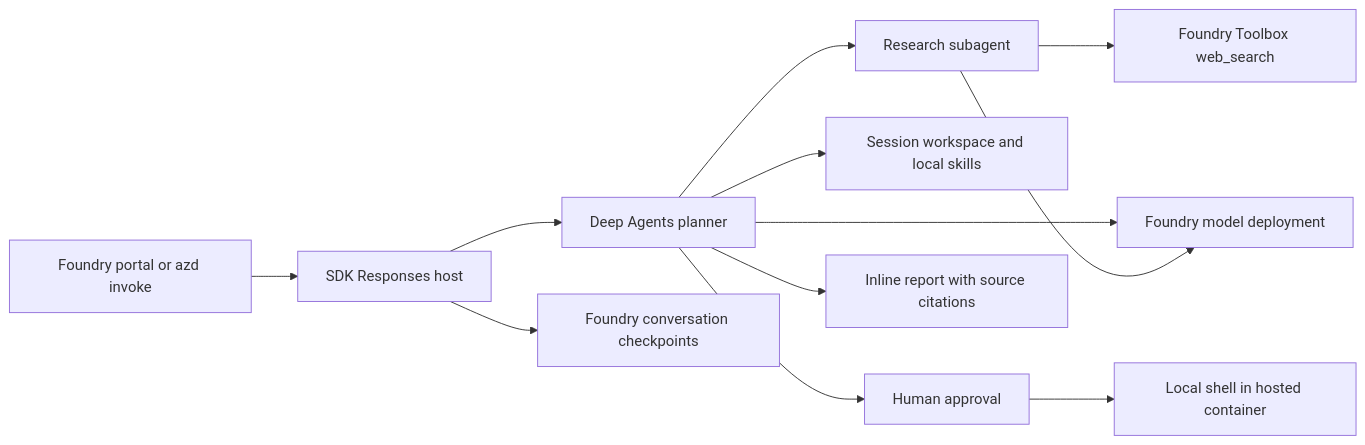
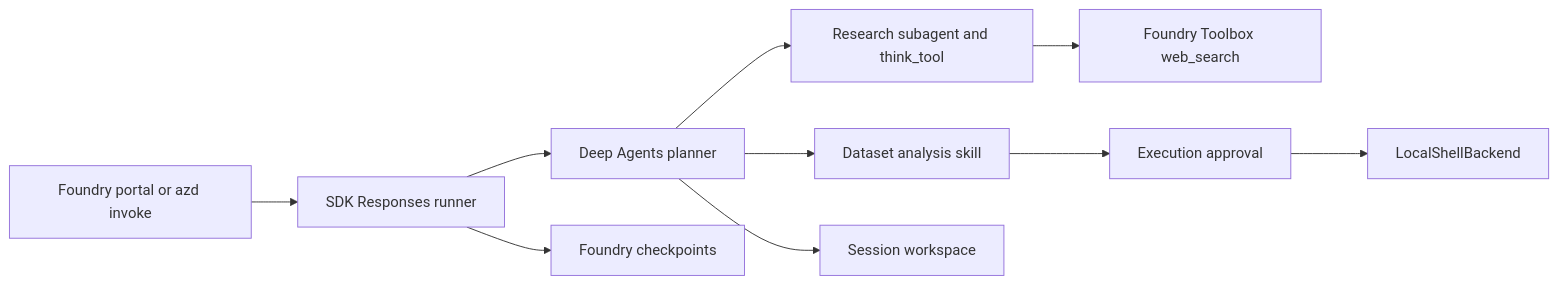
Before and after one commit to microsoft/Foundry-Agent-Solution-Templates: the diagram in deep-agents/README.md, drawn with Mermaid. The commit also changed other lines of this file and 1 other file, not shown here.

````diff
--- a/deep-agents/README.md
+++ b/deep-agents/README.md
@@ -47,14 +24,12 @@
 ```mermaid
 flowchart LR
-    Client[Foundry portal or azd invoke] --> Host[SDK Responses host]
+    Client[Foundry portal or azd invoke] --> Host[SDK Responses runner]
     Host --> Planner[Deep Agents planner]
-    Planner --> Researcher[Research subagent]
+    Planner --> Researcher[Research subagent and think_tool]
     Researcher --> Toolbox[Foundry Toolbox web_search]
-    Planner --> Files[Session workspace and local skills]
-    Planner --> Approval[Human approval]
-    Approval --> Shell[Local shell in hosted container]
-    Host --> State[Foundry conversation checkpoints]
-    Planner --> Model[Foundry model deployment]
-    Researcher --> Model
-    Planner --> Report[Inline report with source citations]
+    Planner --> Skill[Dataset analysis skill]
+    Skill --> Approval[Execution approval]
+    Approval --> Shell[LocalShellBackend]
+    Planner --> Files[Session workspace]
+    Host --> State[Foundry checkpoints]
 ```
````
